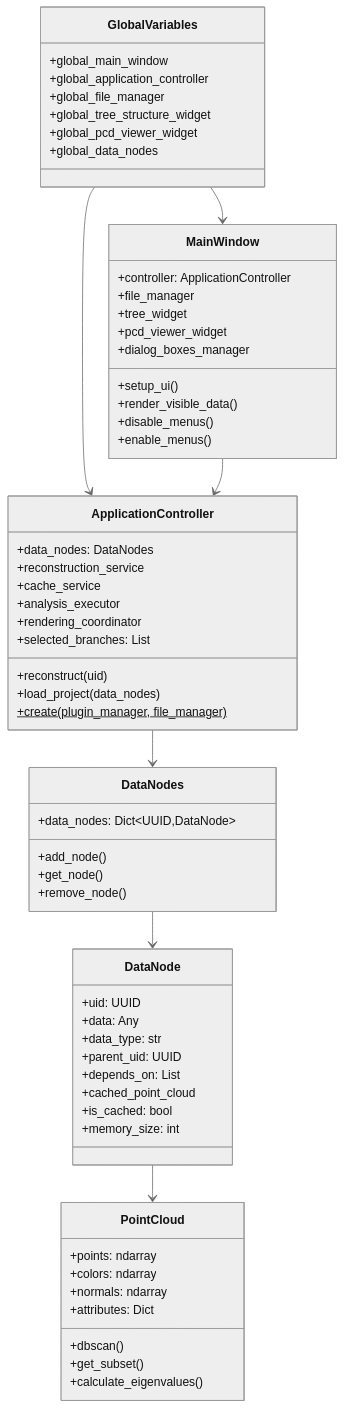
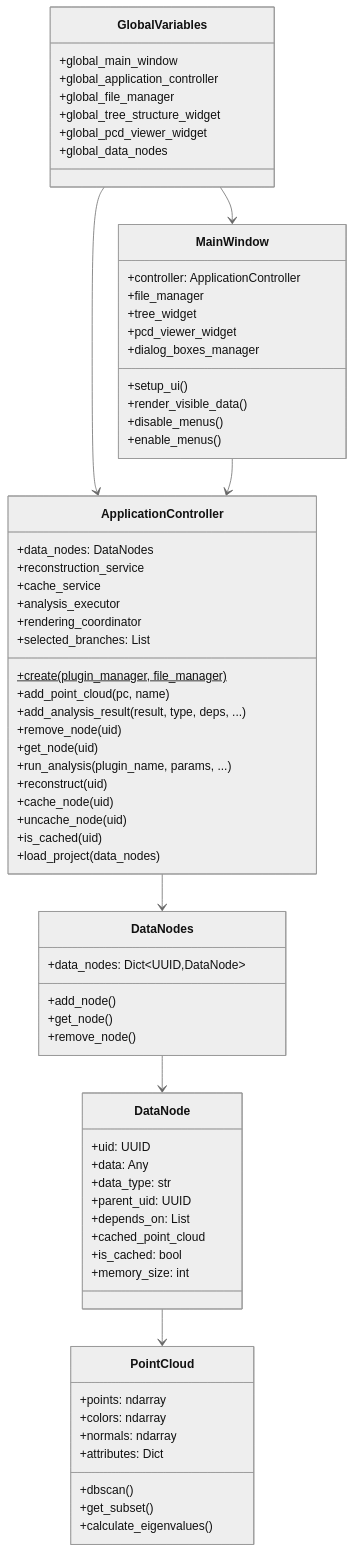
Before and after one commit to Sepehr-Sobhani-AU/SPCToolkit: the sixth of 8 diagrams in ARCHITECTURE.md, drawn with Mermaid (neutral theme). The commit also changed other lines of this file, not shown here.

First line of the commit message:
Fix 17 inaccuracies in ARCHITECTURE.md to match actual codebase

````diff
--- a/ARCHITECTURE.md
+++ b/ARCHITECTURE.md
@@ -350,70 +367,78 @@
 ```mermaid
 classDiagram
     class GlobalVariables {
         +global_main_window
         +global_application_controller
         +global_file_manager
         +global_tree_structure_widget
         +global_pcd_viewer_widget
         +global_data_nodes
     }
 
     class MainWindow {
         +controller: ApplicationController
         +file_manager
         +tree_widget
         +pcd_viewer_widget
         +dialog_boxes_manager
         +setup_ui()
         +render_visible_data()
         +disable_menus()
         +enable_menus()
     }
 
     class ApplicationController {
         +data_nodes: DataNodes
         +reconstruction_service
         +cache_service
         +analysis_executor
         +rendering_coordinator
         +selected_branches: List
+        +create(plugin_manager, file_manager)$
+        +add_point_cloud(pc, name)
+        +add_analysis_result(result, type, deps, ...)
+        +remove_node(uid)
+        +get_node(uid)
+        +run_analysis(plugin_name, params, ...)
         +reconstruct(uid)
+        +cache_node(uid)
+        +uncache_node(uid)
+        +is_cached(uid)
         +load_project(data_nodes)
-        +create(plugin_manager, file_manager)$
     }
 
     class DataNodes {
         +data_nodes: Dict~UUID,DataNode~
         +add_node()
         +get_node()
         +remove_node()
     }
 
     class DataNode {
         +uid: UUID
         +data: Any
         +data_type: str
         +parent_uid: UUID
         +depends_on: List
         +cached_point_cloud
         +is_cached: bool
         +memory_size: int
     }
 
     class PointCloud {
         +points: ndarray
         +colors: ndarray
         +normals: ndarray
         +attributes: Dict
         +dbscan()
         +get_subset()
         +calculate_eigenvalues()
     }
 
     GlobalVariables --> MainWindow
     GlobalVariables --> ApplicationController
     MainWindow --> ApplicationController
     ApplicationController --> DataNodes
     DataNodes --> DataNode
     DataNode --> PointCloud
 ```
````
